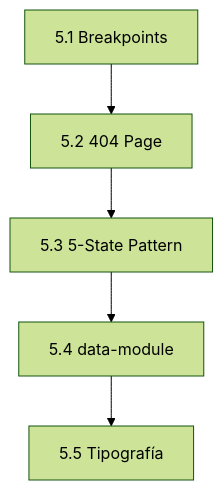
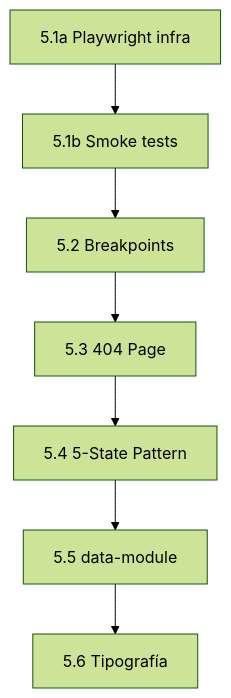
One commit to civicum/civicum changed the diagram in docs-ui/_gate5/implementation_plan.md. Above: the diagram before and after it, drawn with Mermaid (forest theme). The commit also changed other lines of this file, not shown here.

Commit message:
docs(gate5): plan consistency — split Playwright infra/tests, align UI-kit verification wording

````diff
--- a/docs-ui/_gate5/implementation_plan.md
+++ b/docs-ui/_gate5/implementation_plan.md
@@ -148,7 +163,9 @@
 ```mermaid
 graph TD
-    A[5.1 Breakpoints] --> B[5.2 404 Page]
-    B --> C[5.3 5-State Pattern]
-    C --> D[5.4 data-module]
-    D --> E[5.5 Tipografía]
+    P1[5.1a Playwright infra] --> P2[5.1b Smoke tests]
+    P2 --> A[5.2 Breakpoints]
+    A --> B[5.3 404 Page]
+    B --> C[5.4 5-State Pattern]
+    C --> D[5.5 data-module]
+    D --> E[5.6 Tipografía]
 ```
````
